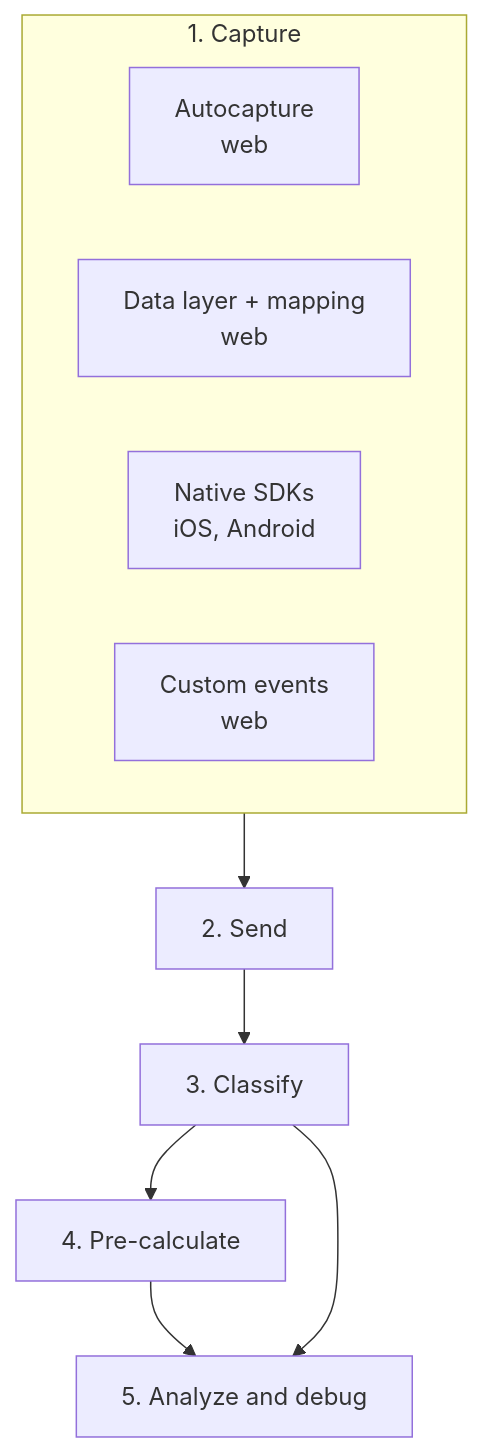
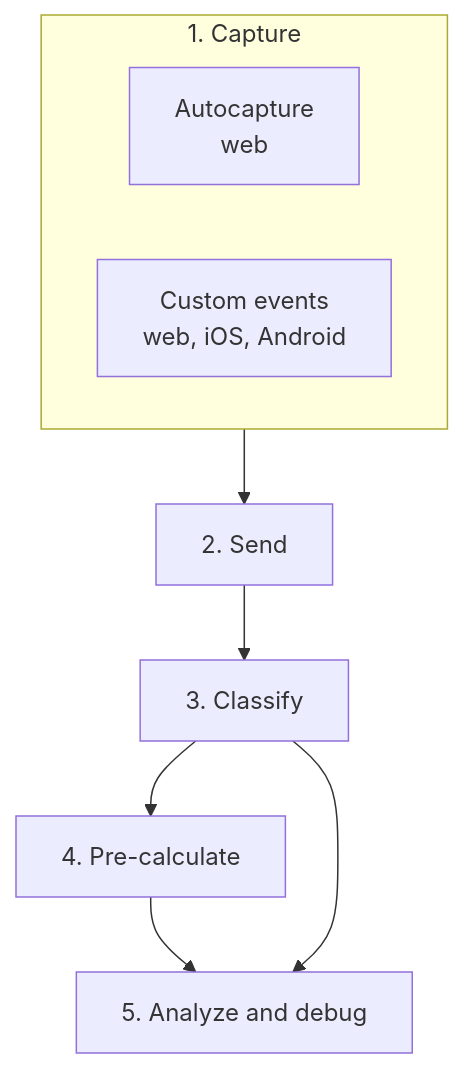
Before and after one commit to corbadotech/docs: the diagram in corbado-observe/overview/how-it-works.mdx, drawn with Mermaid. The commit also changed other lines of this file and 17 other files, not shown here.

````diff
--- a/corbado-observe/overview/how-it-works.mdx
+++ b/corbado-observe/overview/how-it-works.mdx
@@ -21,14 +21,12 @@
 ```mermaid
 flowchart TD
     subgraph capture["1. Capture"]
         A["Autocapture<br />web"]
-        L["Data layer + mapping<br />web"]
-        N["Native SDKs<br />iOS, Android"]
-        C["Custom events<br />web"]
+        C["Custom events<br />web, iOS, Android"]
     end
     capture --> B["2. Send"]
     B --> D["3. Classify"]
     D --> E["4. Pre-calculate"]
     E --> F["5. Analyze and debug"]
     D --> F
 ```
````
